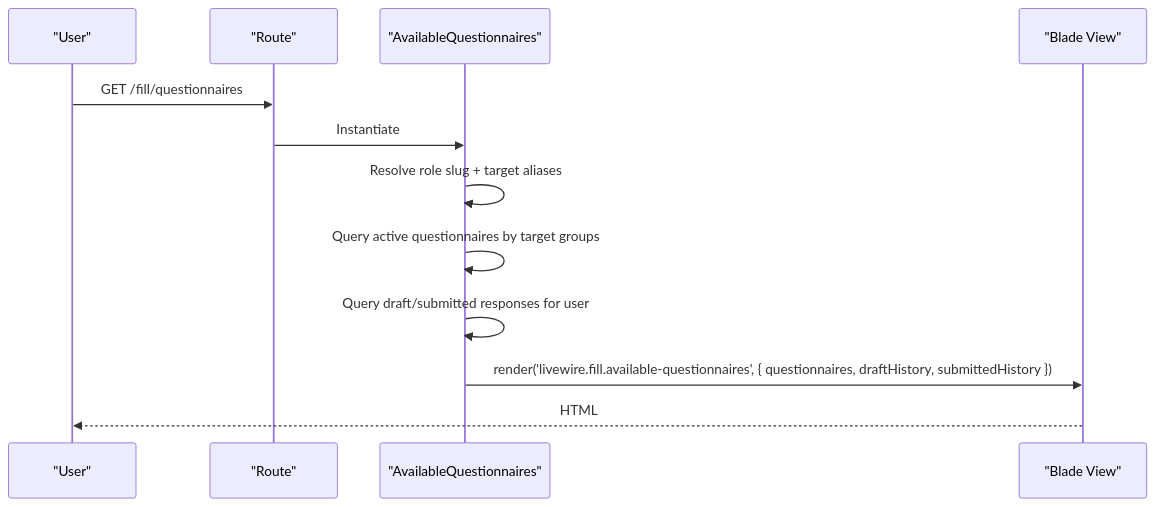
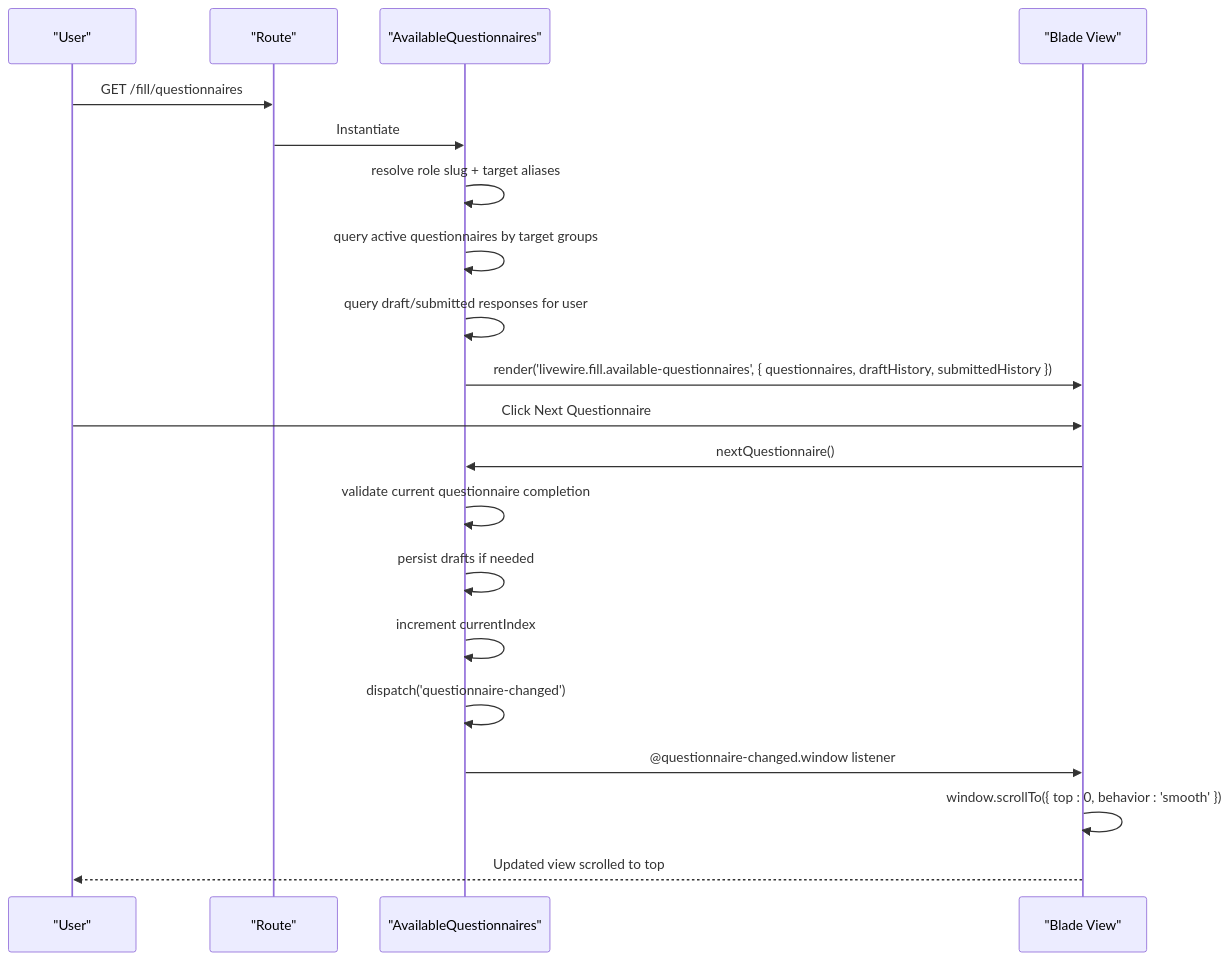
Before and after one commit to rudicatsmile/assesment360: the sixth of 9 diagrams in .qoder/repowiki/en/content/Livewire Components/Livewire Components.md, drawn with Mermaid. The commit also changed other lines of this file and 10 other files, not shown here.

First line of the commit message:
feat(auth): enhance user model with slug and prosentase fields

````diff
--- a/.qoder/repowiki/en/content/Livewire Components/Livewire Components.md
+++ b/.qoder/repowiki/en/content/Livewire Components/Livewire Components.md
@@ -285,14 +293,22 @@
 ```mermaid
 sequenceDiagram
 participant U as "User"
 participant R as "Route"
 participant C as "AvailableQuestionnaires"
 participant V as "Blade View"
 U->>R : GET /fill/questionnaires
 R->>C : Instantiate
-C->>C : Resolve role slug + target aliases
-C->>C : Query active questionnaires by target groups
-C->>C : Query draft/submitted responses for user
+C->>C : resolve role slug + target aliases
+C->>C : query active questionnaires by target groups
+C->>C : query draft/submitted responses for user
 C->>V : render('livewire.fill.available-questionnaires', { questionnaires, draftHistory, submittedHistory })
-V-->>U : HTML
+U->>V : Click Next Questionnaire
+V->>C : nextQuestionnaire()
+C->>C : validate current questionnaire completion
+C->>C : persist drafts if needed
+C->>C : increment currentIndex
+C->>C : dispatch('questionnaire-changed')
+C->>V : @questionnaire-changed.window listener
+V->>V : window.scrollTo({ top : 0, behavior : 'smooth' })
+V-->>U : Updated view scrolled to top
 ```
````
